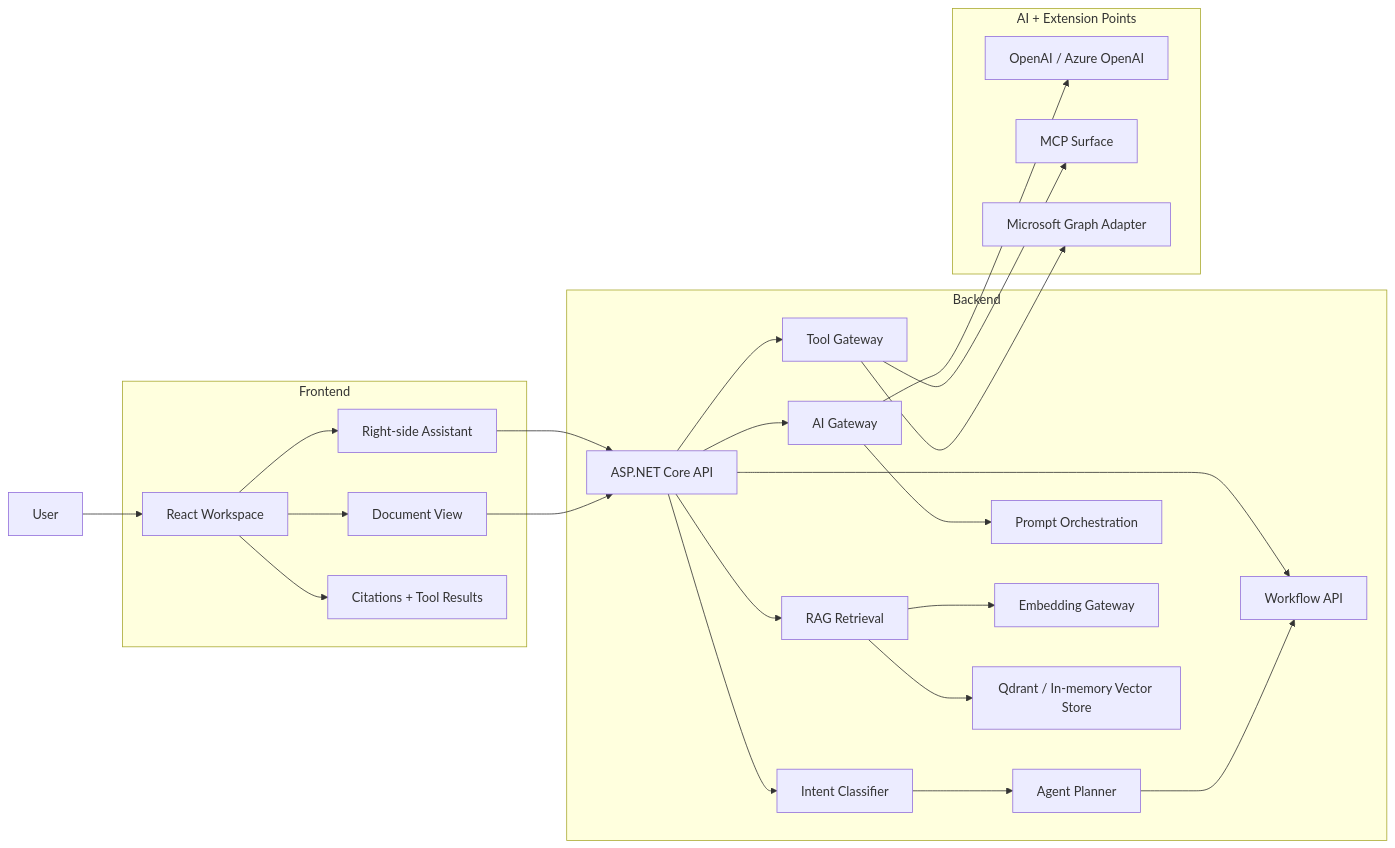
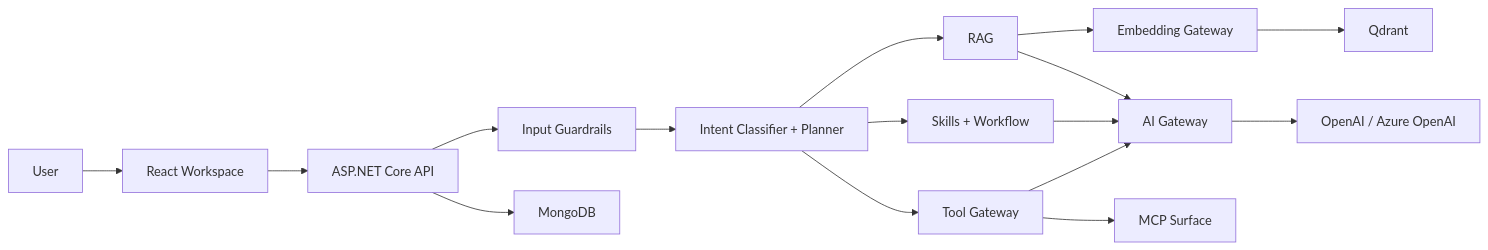
The first of 2 diagrams in README.md (haoyucheng369-gif/enterprise-ai-document-assistant), drawn with Mermaid before and after one commit. The commit also changed other lines of this file and 14 other files, not shown here.

````diff
--- a/README.md
+++ b/README.md
@@ -11,32 +9,22 @@
 ```mermaid
 flowchart LR
     user[User] --> ui[React Workspace]
+    ui --> api[ASP.NET Core API]
 
-    subgraph frontend[Frontend]
-        ui --> docs[Document View]
-        ui --> assistant[Right-side Assistant]
-        ui --> panels[Citations + Tool Results]
-    end
+    api --> safety[Input Guardrails]
+    safety --> planner[Intent Classifier + Planner]
 
-    assistant --> api[ASP.NET Core API]
-    docs --> api
+    planner --> rag[RAG]
+    planner --> skills[Skills + Workflow]
+    planner --> tools[Tool Gateway]
 
-    subgraph backend[Backend]
-        api --> gateway[AI Gateway]
-        api --> tools[Tool Gateway]
-        api --> workflows[Workflow API]
-        api --> intent[Intent Classifier]
-        intent --> planner[Agent Planner]
-        planner --> workflows
-        gateway --> prompts[Prompt Orchestration]
-        api --> rag[RAG Retrieval]
-        rag --> embeddings[Embedding Gateway]
-        rag --> vectors[Qdrant / In-memory Vector Store]
-    end
+    rag --> embeddings[Embedding Gateway]
+    embeddings --> vectors[Qdrant]
+    rag --> ai[AI Gateway]
+    skills --> ai
+    tools --> ai
 
-    subgraph ai[AI + Extension Points]
-        gateway --> models[OpenAI / Azure OpenAI]
-        tools --> mcp[MCP Surface]
-        tools --> msgraph[Microsoft Graph Adapter]
-    end
+    ai --> models[OpenAI / Azure OpenAI]
+    api --> mongo[MongoDB]
+    tools --> mcp[MCP Surface]
 ```
````
